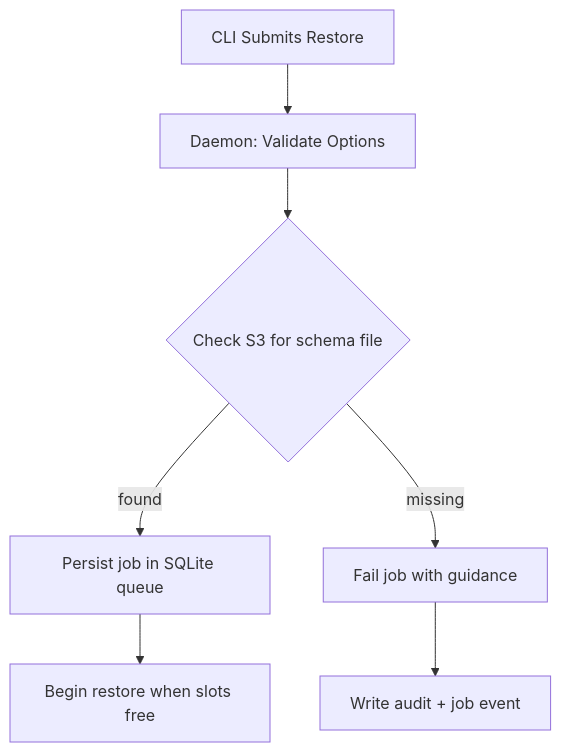
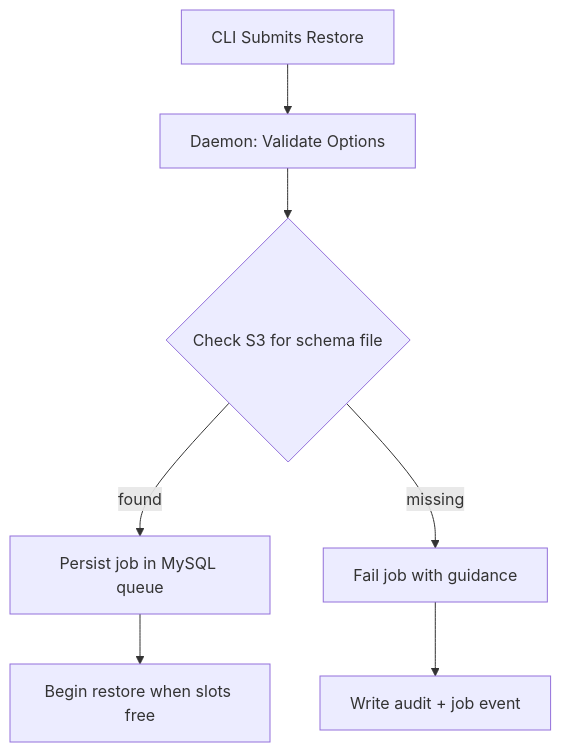
The first of 6 diagrams in README.md (CharlesHandshy/pullDB), drawn with Mermaid before and after one commit. The commit also changed other lines of this file and 5 other files, not shown here.

First line of the commit message:
Replace SQLite with MySQL as coordination layer and add Copilot instructions

````diff
--- a/README.md
+++ b/README.md
@@ -188,9 +188,9 @@
 ```mermaid
 flowchart TD
   Agent["CLI Submits Restore"] --> Validate["Daemon: Validate Options"]
   Validate --> S3Check{Check S3 for schema file}
-  S3Check -->|found| QueueInsert["Persist job in SQLite queue"]
+  S3Check -->|found| QueueInsert["Persist job in MySQL queue"]
   S3Check -->|missing| FailFast["Fail job with guidance"]
   QueueInsert --> StartRestore["Begin restore when slots free"]
   FailFast --> AuditLog["Write audit + job event"]
 ```
````
